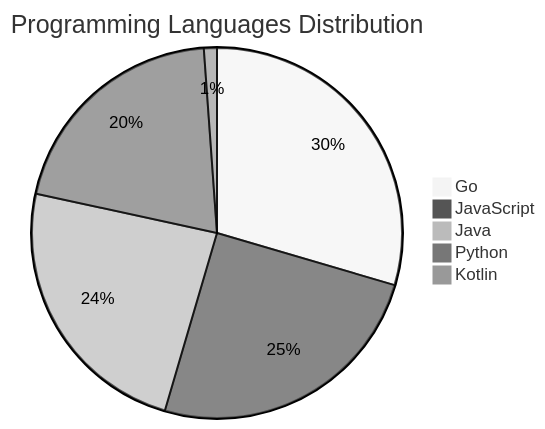
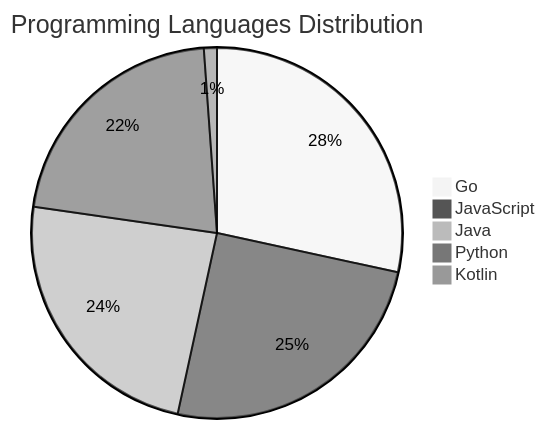
The diagram in README.md (Derrick-MUGISHA/github-activity-bot), drawn with Mermaid (neutral theme) before and after one commit. The commit also changed other lines of this file and 3 other files, not shown here.

````diff
--- a/README.md
+++ b/README.md
@@ -71,8 +71,8 @@
 ```mermaid
 pie title Programming Languages Distribution
-    "Go" : 26
+    "Go" : 25
     "JavaScript" : 22
     "Java" : 21
-    "Python" : 18
+    "Python" : 19
     "Kotlin" : 1
 ```
````
